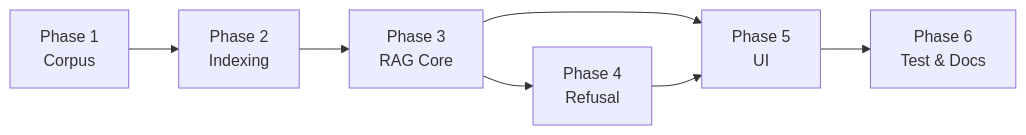
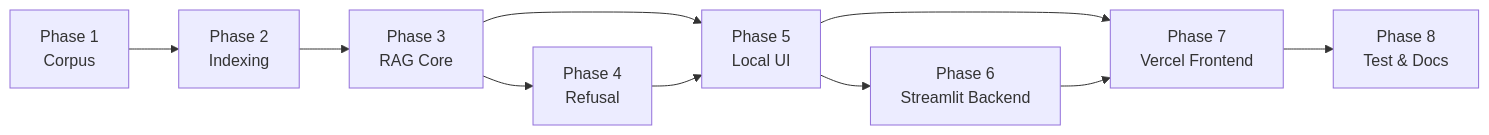
The eighth of 8 diagrams in Docs/PhaseWiseArchitecture.md (tejas2904-RM/P1-RAGBot), drawn with Mermaid before and after one commit. The commit also changed other lines of this file and 14 other files, not shown here.

First line of the commit message:
Add Phase 6 Streamlit backend deployment and deployment docs.

````diff
--- a/Docs/PhaseWiseArchitecture.md
+++ b/Docs/PhaseWiseArchitecture.md
@@ -1085,9 +1217,12 @@
 ```mermaid
 flowchart LR
     P1[Phase 1<br/>Corpus] --> P2[Phase 2<br/>Indexing]
     P2 --> P3[Phase 3<br/>RAG Core]
     P3 --> P4[Phase 4<br/>Refusal]
-    P3 --> P5[Phase 5<br/>UI]
+    P3 --> P5[Phase 5<br/>Local UI]
     P4 --> P5
-    P5 --> P6[Phase 6<br/>Test & Docs]
+    P5 --> P6[Phase 6<br/>Streamlit Backend]
+    P5 --> P7[Phase 7<br/>Vercel Frontend]
+    P6 --> P7
+    P7 --> P8[Phase 8<br/>Test & Docs]
 ```
````
